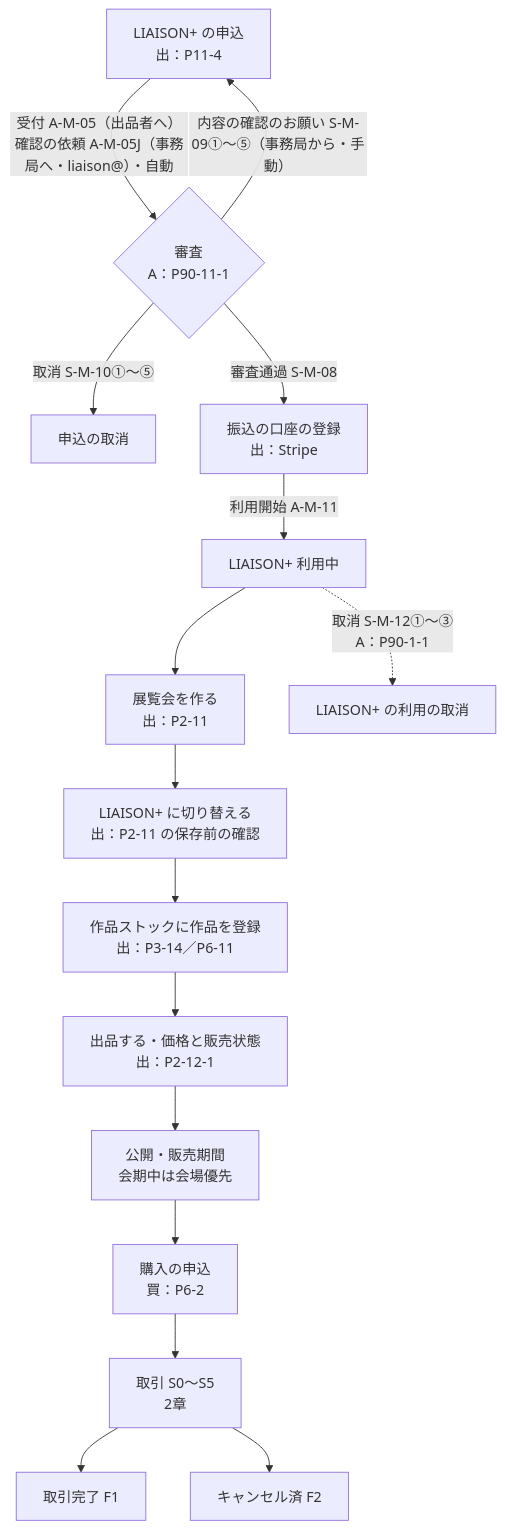
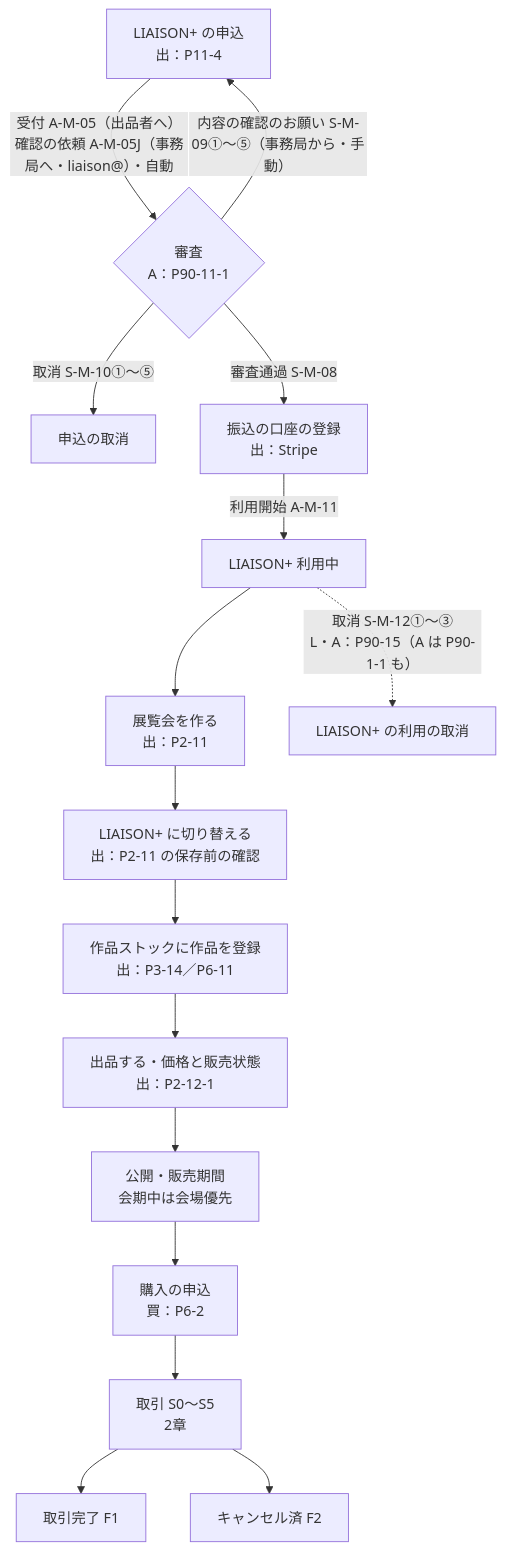
Before and after one commit to koten-baku/kotennavi-redesign: the first of 2 diagrams in docs/liaison-plus-flow.md, drawn with Mermaid. The commit also changed other lines of this file and 31 other files, not shown here.

````diff
--- a/docs/liaison-plus-flow.md
+++ b/docs/liaison-plus-flow.md
@@ -25,18 +25,18 @@
 ```mermaid
 flowchart TD
   A[LIAISON+ の申込<br>出：P11-4] -- 受付 A-M-05（出品者へ）<br>確認の依頼 A-M-05J（事務局へ・liaison@）・自動 --> B{審査<br>A：P90-11-1}
   B -- 内容の確認のお願い S-M-09①〜⑤（事務局から・手動） --> A
   B -- 取消 S-M-10①〜⑤ --> X1[申込の取消]
   B -- 審査通過 S-M-08 --> C[振込の口座の登録<br>出：Stripe]
   C -- 利用開始 A-M-11 --> D[LIAISON+ 利用中]
   D --> E[展覧会を作る<br>出：P2-11]
   E --> F[LIAISON+ に切り替える<br>出：P2-11 の保存前の確認]
   F --> G[作品ストックに作品を登録<br>出：P3-14／P6-11]
   G --> H[出品する・価格と販売状態<br>出：P2-12-1]
   H --> I[公開・販売期間<br>会期中は会場優先]
   I --> J[購入の申込<br>買：P6-2]
   J --> K[取引 S0〜S5<br>2章]
   K --> L1[取引完了 F1]
   K --> L2[キャンセル済 F2]
-  D -. 取消 S-M-12①〜③<br>A：P90-1-1 .-> X2[LIAISON+ の利用の取消]
+  D -. 取消 S-M-12①〜③<br>L・A：P90-15（A は P90-1-1 も） .-> X2[LIAISON+ の利用の取消]
 ```
````
